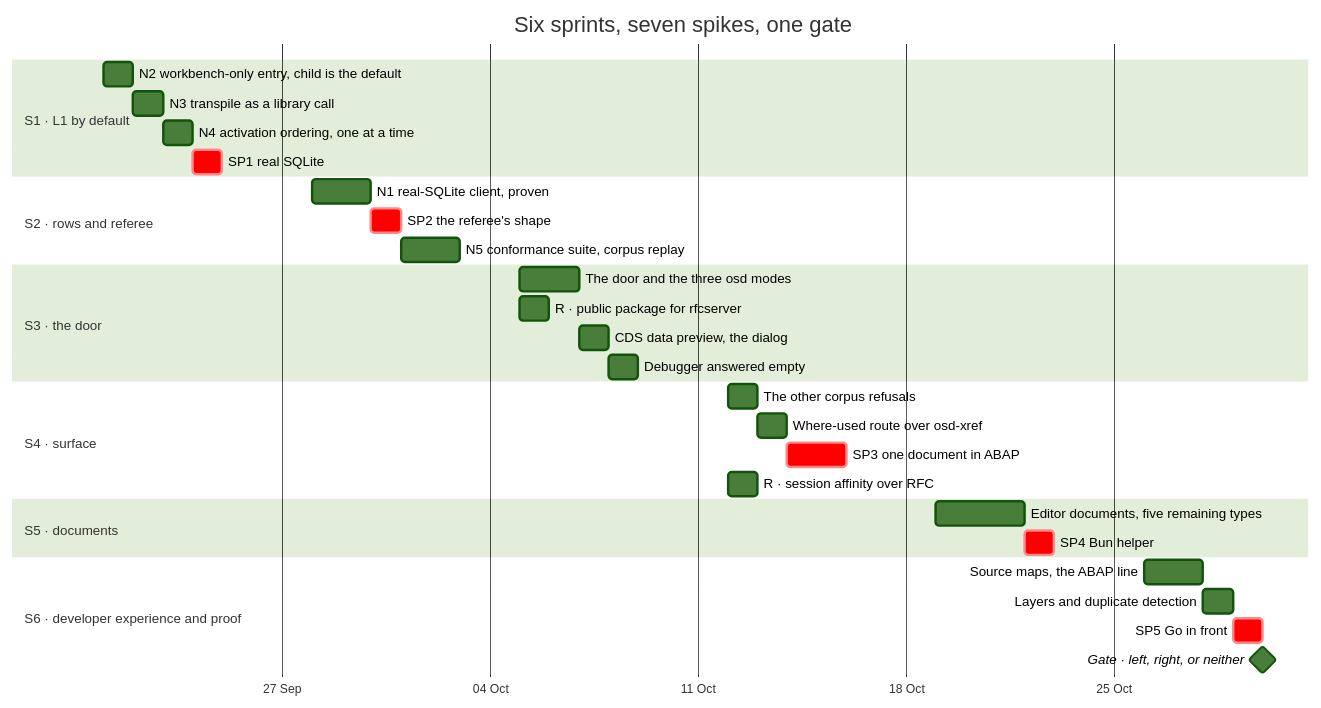
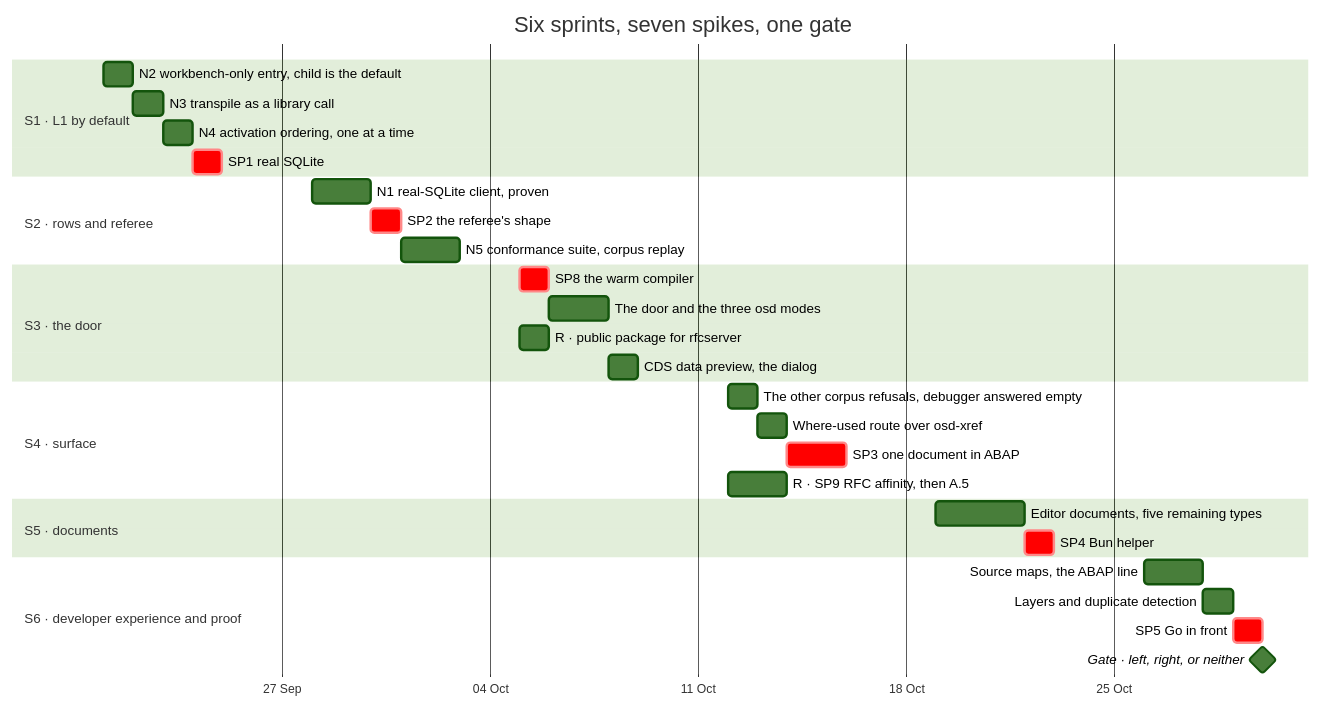
Before and after one commit to oisee/open-steamgate: the first of 2 diagrams in docs/plan-spikes-and-sprints.md, drawn with Mermaid (forest theme). The commit also changed other lines of this file, not shown here.

First line of the commit message:
The plan, after Astra's second review: two spikes before their work

````diff
--- a/docs/plan-spikes-and-sprints.md
+++ b/docs/plan-spikes-and-sprints.md
@@ -47,33 +53,33 @@
 ```mermaid
 gantt
   title Six sprints, seven spikes, one gate
   dateFormat YYYY-MM-DD
   axisFormat %d %b
   section S1 · L1 by default
   N2 workbench-only entry, child is the default     :s1a, 2026-09-21, 1d
   N3 transpile as a library call                    :s1b, after s1a, 1d
   N4 activation ordering, one at a time             :s1c, after s1b, 1d
   SP1 real SQLite                                   :crit, s1d, after s1c, 1d
   section S2 · rows and referee
   N1 real-SQLite client, proven                     :s2a, 2026-09-28, 2d
   SP2 the referee's shape                           :crit, s2b, after s2a, 1d
   N5 conformance suite, corpus replay               :s2c, after s2b, 2d
   section S3 · the door
-  The door and the three osd modes                  :s3a, 2026-10-05, 2d
+  SP8 the warm compiler                             :crit, s3z, 2026-10-05, 1d
+  The door and the three osd modes                  :s3a, after s3z, 2d
   R · public package for rfcserver                  :s3b, 2026-10-05, 1d
   CDS data preview, the dialog                      :s3c, after s3a, 1d
-  Debugger answered empty                           :s3d, after s3c, 1d
   section S4 · surface
-  The other corpus refusals                         :s4a, 2026-10-12, 1d
+  The other corpus refusals, debugger answered empty :s4a, 2026-10-12, 1d
   Where-used route over osd-xref                    :s4b, after s4a, 1d
   SP3 one document in ABAP                          :crit, s4c, after s4b, 2d
-  R · session affinity over RFC                     :s4d, 2026-10-12, 1d
+  R · SP9 RFC affinity, then A.5                    :s4d, 2026-10-12, 2d
   section S5 · documents
   Editor documents, five remaining types            :s5a, 2026-10-19, 3d
   SP4 Bun helper                                    :crit, s5b, after s5a, 1d
   section S6 · developer experience and proof
   Source maps, the ABAP line                        :s6a, 2026-10-26, 2d
   Layers and duplicate detection                    :s6b, after s6a, 1d
   SP5 Go in front                                   :crit, s6c, after s6b, 1d
   Gate · left, right, or neither                    :milestone, g1, 2026-10-30, 0d
 ```
````
